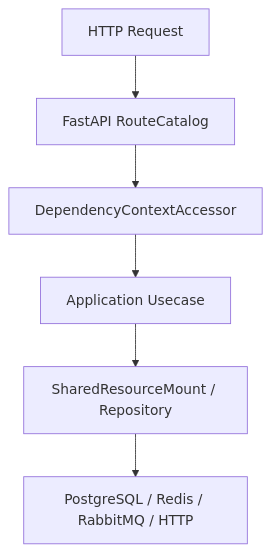
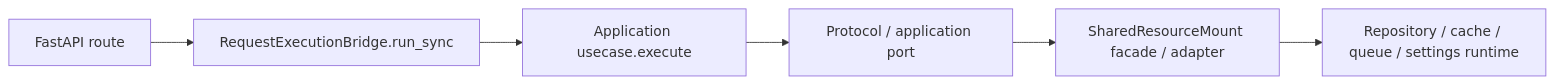
The diagram in docs/project_manual/03_application_domain/application_usecases.md (1nuo123/python-web-fastapi), drawn with Mermaid before and after one commit. The commit also changed other lines of this file and 304 other files, not shown here.

````diff
--- a/docs/project_manual/03_application_domain/application_usecases.md
+++ b/docs/project_manual/03_application_domain/application_usecases.md
@@ -38,8 +14,8 @@
 ```mermaid
-flowchart TD
-    A["HTTP Request"] --> B["FastAPI RouteCatalog"]
-    B --> C["DependencyContextAccessor"]
-    C --> D["Application Usecase"]
-    D --> E["SharedResourceMount / Repository"]
-    E --> F["PostgreSQL / Redis / RabbitMQ / HTTP"]
+flowchart LR
+    Route["FastAPI route"] --> Bridge["RequestExecutionBridge.run_sync"]
+    Bridge --> Usecase["Application usecase.execute"]
+    Usecase --> Port["Protocol / application port"]
+    Port --> Adapter["SharedResourceMount facade / adapter"]
+    Adapter --> Runtime["Repository / cache / queue / settings runtime"]
 ```
````
